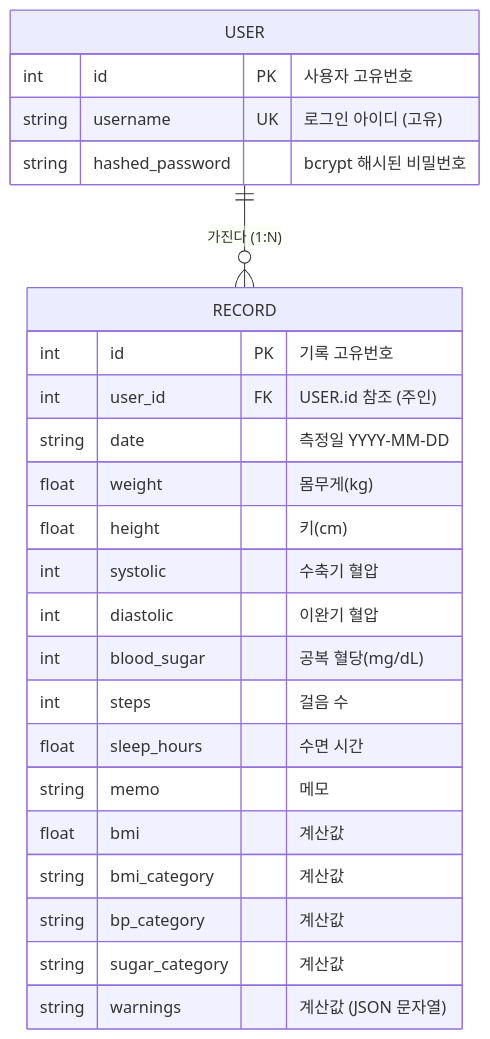
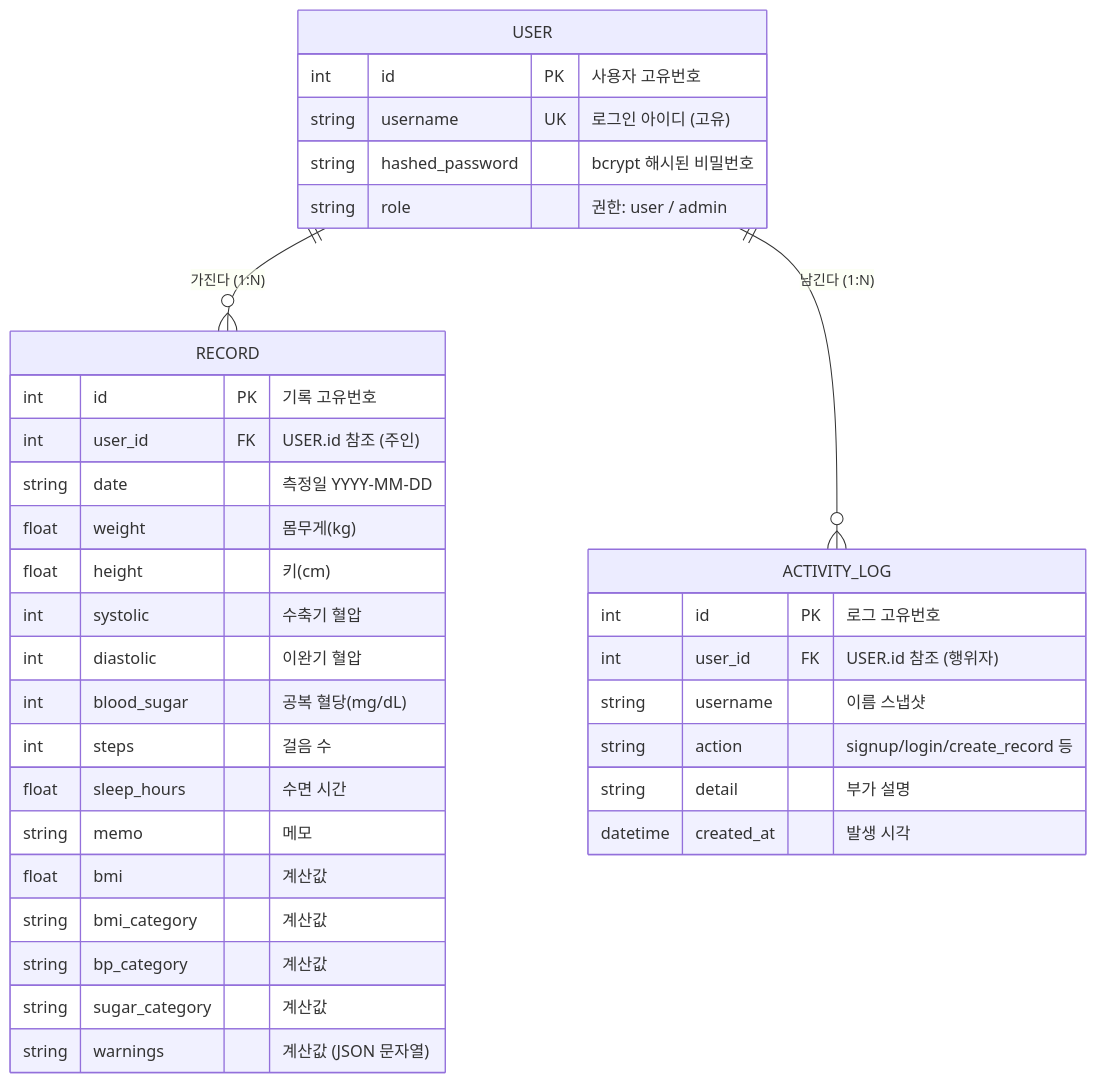
One commit to jeonkooseong-hue/health-log-api changed the diagram in docs/ERD.md. Above: the diagram before and after it, drawn with Mermaid. The commit also changed other lines of this file and 6 other files, not shown here.

````diff
--- a/docs/ERD.md
+++ b/docs/ERD.md
@@ -5,29 +5,40 @@
 ```mermaid
 erDiagram
     USER ||--o{ RECORD : "가진다 (1:N)"
+    USER ||--o{ ACTIVITY_LOG : "남긴다 (1:N)"
 
     USER {
         int id PK "사용자 고유번호"
         string username UK "로그인 아이디 (고유)"
         string hashed_password "bcrypt 해시된 비밀번호"
+        string role "권한: user / admin"
     }
 
     RECORD {
         int id PK "기록 고유번호"
         int user_id FK "USER.id 참조 (주인)"
         string date "측정일 YYYY-MM-DD"
         float weight "몸무게(kg)"
         float height "키(cm)"
         int systolic "수축기 혈압"
         int diastolic "이완기 혈압"
         int blood_sugar "공복 혈당(mg/dL)"
         int steps "걸음 수"
         float sleep_hours "수면 시간"
         string memo "메모"
         float bmi "계산값"
         string bmi_category "계산값"
         string bp_category "계산값"
         string sugar_category "계산값"
         string warnings "계산값 (JSON 문자열)"
     }
+
+    ACTIVITY_LOG {
+        int id PK "로그 고유번호"
+        int user_id FK "USER.id 참조 (행위자)"
+        string username "이름 스냅샷"
+        string action "signup/login/create_record 등"
+        string detail "부가 설명"
+        datetime created_at "발생 시각"
+    }
 ```
````
